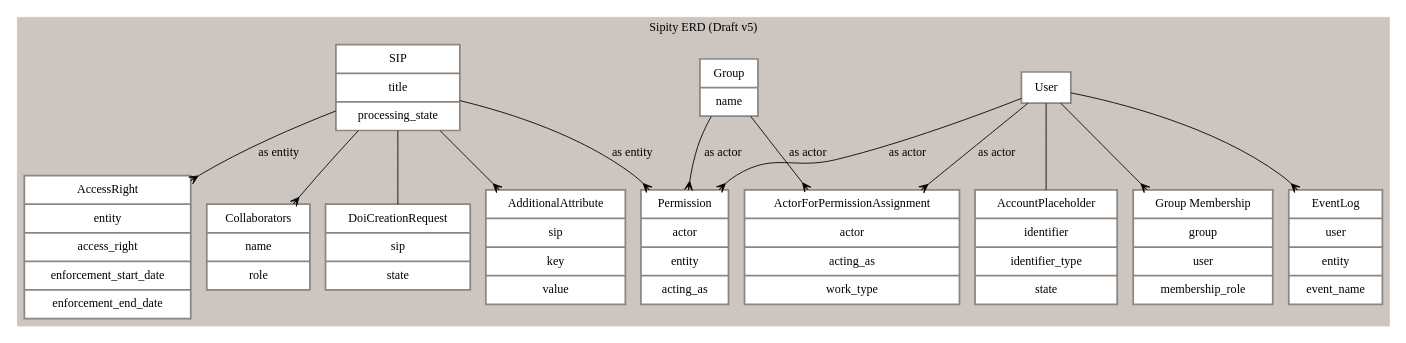
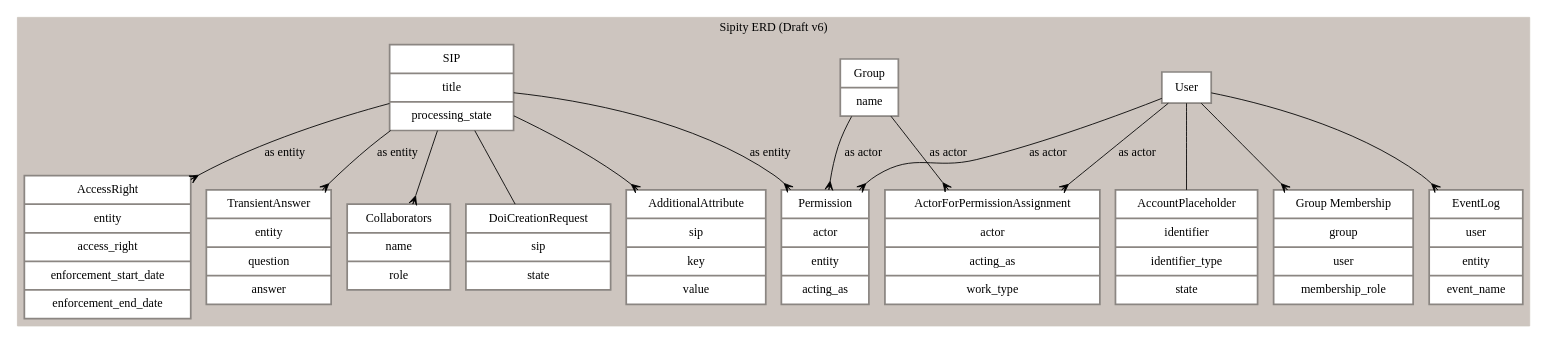
Before and after one commit to scholarworks/sipity: the diagram in artifacts/sipity-erd.dot, drawn with Graphviz. The commit also changed 5 other files, not shown here.

First line of the commit message:
Adding Transient Answer model

```diff
--- a/artifacts/sipity-erd.dot
+++ b/artifacts/sipity-erd.dot
@@ -1,40 +1,42 @@
 digraph "G" {
     compound=true;
     node[color="grey15" shape=record penwidth=2 margin="0.15, 0.125"];
 
     subgraph cluster_0 {
-        label="Sipity ERD (Draft v5)"
+        label="Sipity ERD (Draft v6)"
         color="seashell3"
         style="filled"
         node[style=filled fillcolor=white color="seashell4"]
         edge[arrowhead="crow"]
 
         user[label="{ User }"]
         group_entity[label="{ Group | name }"]
         group_membership[label="{ Group Membership | group | user | membership_role }"]
         sip[label="{ SIP | title | processing_state }"]
         event_log[label="{ EventLog | user | entity | event_name }"]
         permission[label="{ Permission | actor | entity | acting_as }"]
         collaborators[label="{ Collaborators | name | role }"]
         account_placeholder[label="{ AccountPlaceholder | identifier | identifier_type | state }"]
         doi_creation_request[label="{ DoiCreationRequest | sip | state }"]
         additional_attributes[label="{ AdditionalAttribute | sip | key | value }"]
         ActorForPermissionAssignment[label="{ ActorForPermissionAssignment | actor | acting_as | work_type }"]
         AccessRight[label="{ AccessRight | entity | access_right | enforcement_start_date | enforcement_end_date }"]
+        TransientAnswer[label="{ TransientAnswer | entity | question | answer }"]
 
         user -> group_membership
         group_entity -> ActorForPermissionAssignment[label="as actor"]
         user -> ActorForPermissionAssignment[label="as actor"]
 
         sip -> AccessRight[label="as entity"]
+        sip -> TransientAnswer[label="as entity"]
         user -> permission[label="as actor"]
         group_entity -> permission[label="as actor"]
         sip -> permission[label="as entity"]
         user -> event_log
         sip -> collaborators
         sip -> additional_attributes
         sip -> doi_creation_request[arrowhead=none]
         user -> account_placeholder[arrowhead=none]
     }
 
 }
```
